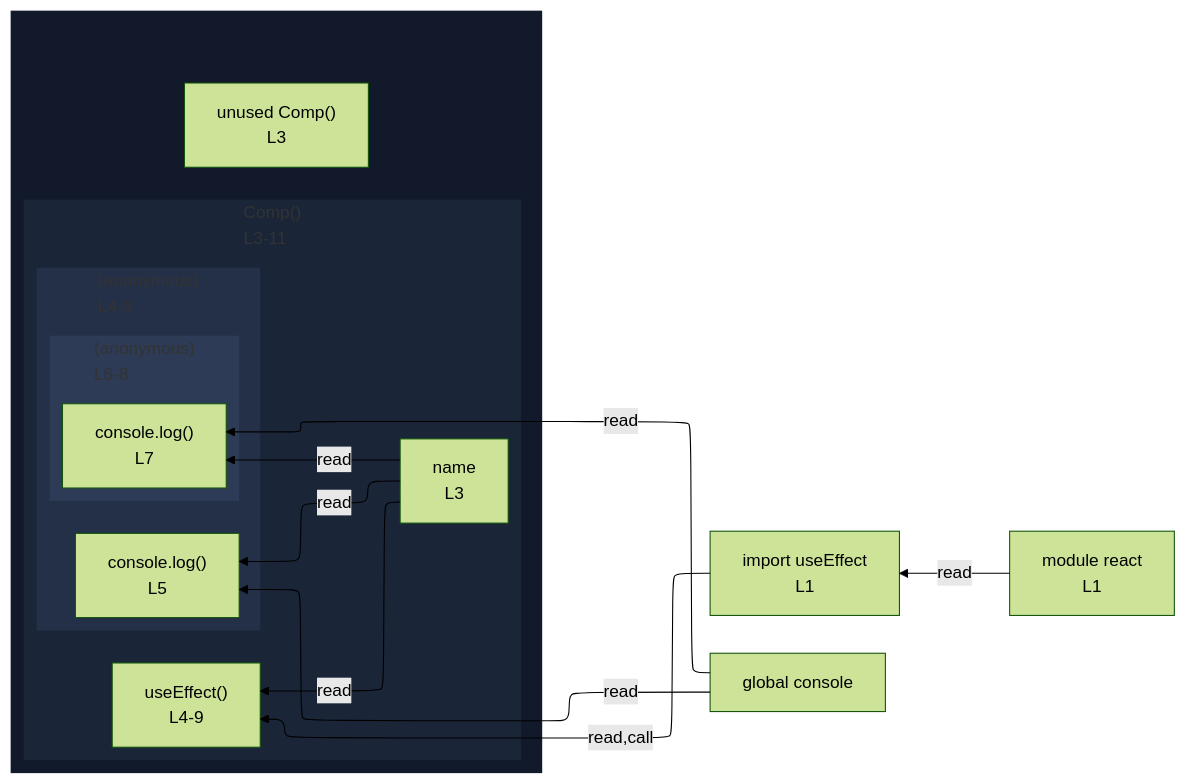
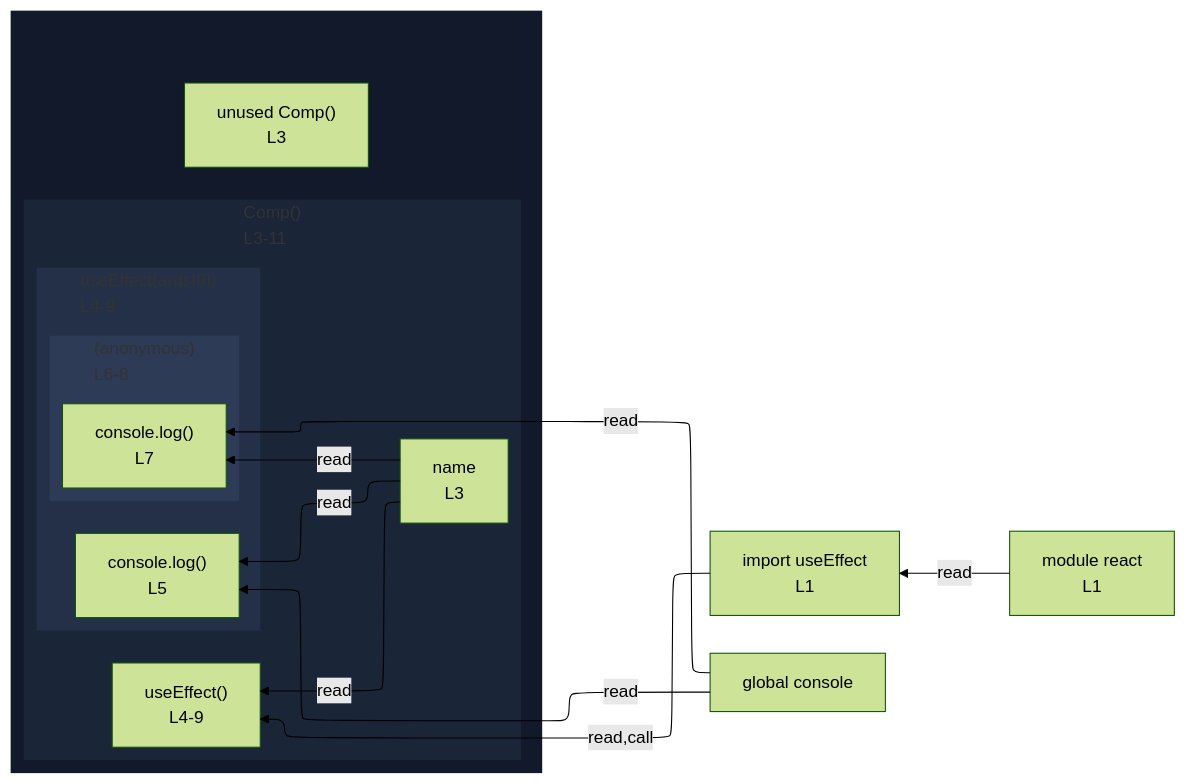
One commit to crescware/unsnarl changed the diagram in integration/fixtures/jsx/use-effect/preview.md. Above: the diagram before and after it, drawn with Mermaid (forest theme). The commit also changed 36 other files, not shown here.

````diff
--- a/integration/fixtures/jsx/use-effect/preview.md
+++ b/integration/fixtures/jsx/use-effect/preview.md
@@ -21,39 +21,39 @@
 ```mermaid
 %%{init: {"flowchart": {"defaultRenderer": "elk"}}}%%
 flowchart RL
   n_scope_0_useEffect_9["import useEffect<br/>L1"]
   n_scope_0_console_107["global console"]
   subgraph wrap_s_scope_1[" "]
     direction TB
     n_scope_0_Comp_42["unused Comp()<br/>L3"]
     subgraph s_scope_1["Comp()<br/>L3-11"]
       direction RL
       n_scope_1_name_52["name<br/>L3"]
       expr_stmt_85["useEffect()<br/>L4-9"]
-      subgraph s_scope_2["(anonymous)<br/>L4-9"]
+      subgraph s_scope_2["useEffect(args[0])<br/>L4-9"]
         direction RL
         expr_stmt_107["console.log()<br/>L5"]
         subgraph s_scope_3["(anonymous)<br/>L6-8"]
           direction RL
           expr_stmt_161["console.log()<br/>L7"]
         end
       end
     end
   end
   n_scope_0_useEffect_9 -->|read,call| expr_stmt_85
   n_scope_0_console_107 -->|read| expr_stmt_107
   n_scope_1_name_52 -->|read| expr_stmt_107
   n_scope_0_console_107 -->|read| expr_stmt_161
   n_scope_1_name_52 -->|read| expr_stmt_161
   n_scope_1_name_52 -->|read| expr_stmt_85
   mod_react["module react<br/>L1"]
   mod_react -->|read| n_scope_0_useEffect_9
   classDef nestL1 fill:#11192a,stroke:transparent;
   class wrap_s_scope_1 nestL1;
   classDef nestL2 fill:#1a2538,stroke:transparent;
   class s_scope_1 nestL2;
   classDef nestL3 fill:#243047,stroke:transparent;
   class s_scope_2 nestL3;
   classDef nestL4 fill:#2d3b57,stroke:transparent;
   class s_scope_3 nestL4;
 ```
````
